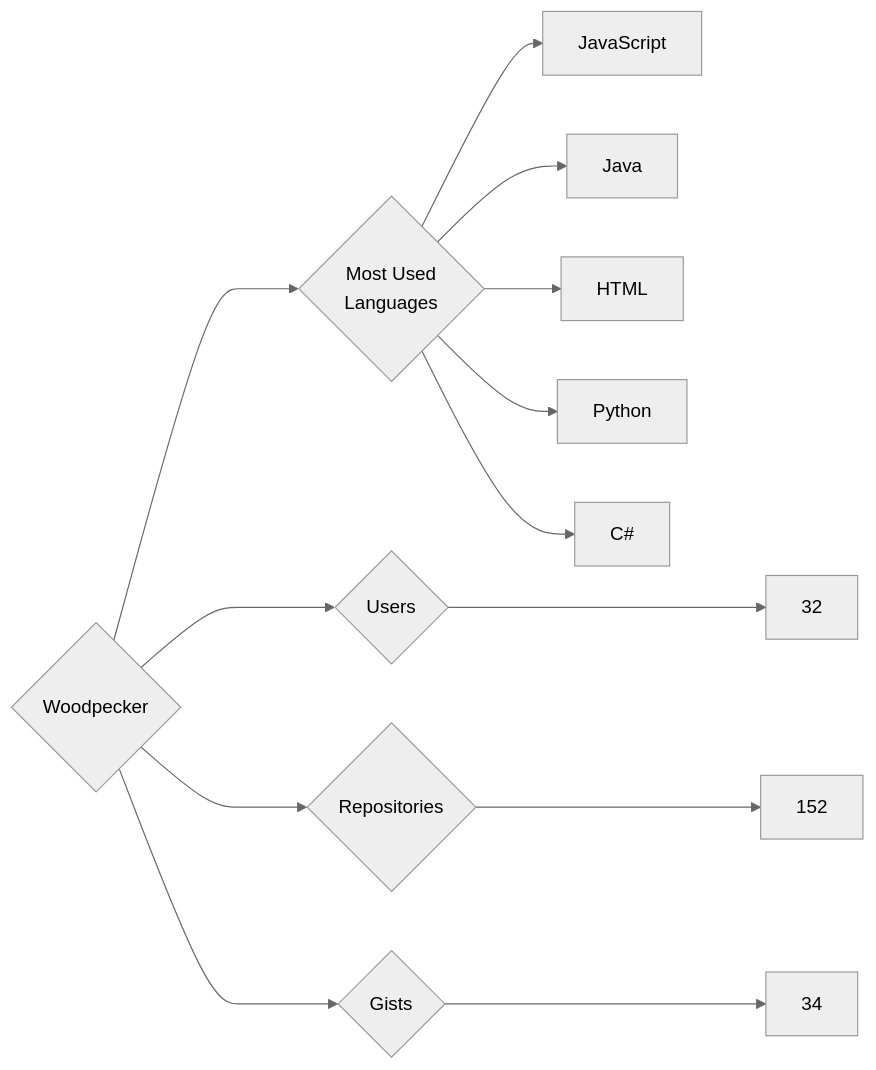
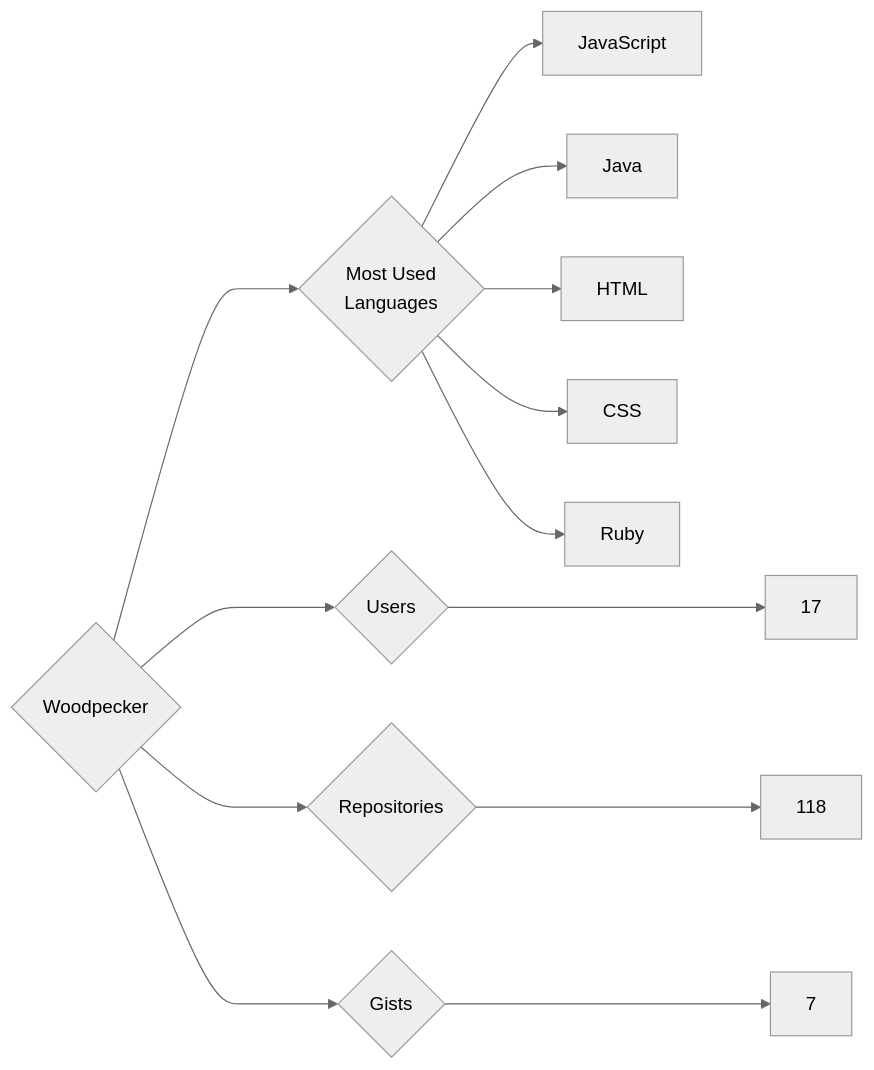
The diagram in targets/Woodpecker/README.md (trickest/insiders), drawn with Mermaid (neutral theme) before and after one commit. The commit also changed 814 other files, not shown here.

````diff
--- a/targets/Woodpecker/README.md
+++ b/targets/Woodpecker/README.md
@@ -3,13 +3,13 @@
 ```mermaid
 graph LR
 COMPANY_NAME{Woodpecker}
-COMPANY_NAME ---> U{Users} ---> UN[32]
-COMPANY_NAME ---> R{Repositories} ---> RN[152]
-COMPANY_NAME ---> G{Gists} ---> GN[34]
+COMPANY_NAME ---> U{Users} ---> UN[17]
+COMPANY_NAME ---> R{Repositories} ---> RN[118]
+COMPANY_NAME ---> G{Gists} ---> GN[7]
 COMPANY_NAME ---> ML{Most Used<br>Languages}
 ML --> JavaScript[JavaScript]
 ML --> Java[Java]
 ML --> HTML[HTML]
-ML --> Python[Python]
-ML --> C#[C#]
+ML --> CSS[CSS]
+ML --> Ruby[Ruby]
 ```
````
